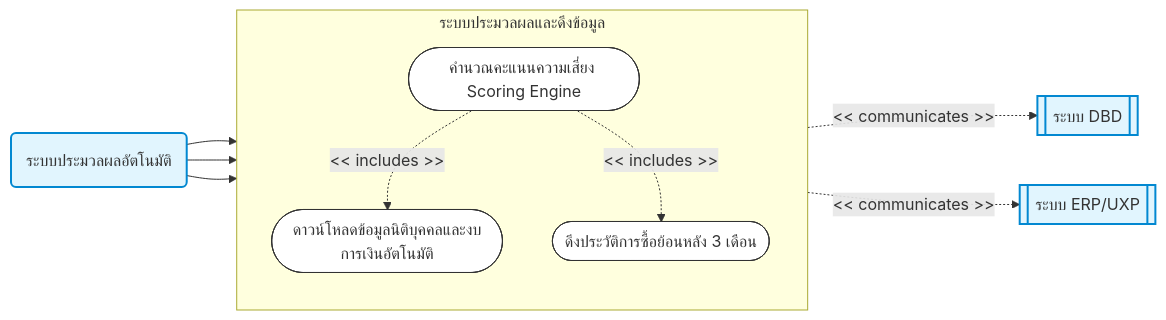
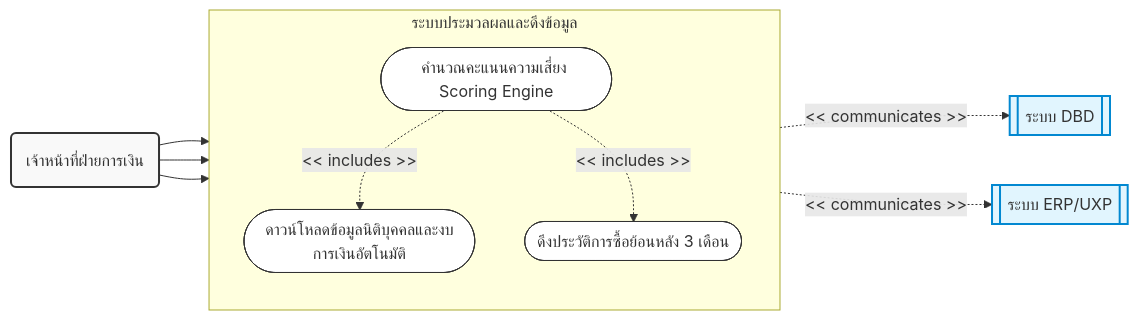
The fourth of 6 diagrams in docs/presentations/use_case_diagram.md (JinnawatJid/iNsightDocs), drawn with Mermaid before and after one commit. The commit also changed other lines of this file, not shown here.

Commit message:
docs: correct actor for automated processing

````diff
--- a/docs/presentations/use_case_diagram.md
+++ b/docs/presentations/use_case_diagram.md
@@ -144,25 +150,26 @@
 ```mermaid
 flowchart LR
+    classDef actorStyle fill:#f9f9f9,stroke:#333,stroke-width:2px;
     classDef systemStyle fill:#e1f5fe,stroke:#0288d1,stroke-width:2px;
     classDef useCaseStyle fill:#fff,stroke:#333,stroke-width:1px;
 
+    Fin(เจ้าหน้าที่ฝ่ายการเงิน):::actorStyle
     DBD[[ระบบ DBD]]:::systemStyle
     ERP[[ระบบ ERP/UXP]]:::systemStyle
-    InternalTrigger(ระบบประมวลผลอัตโนมัติ):::systemStyle
 
     subgraph AutoSystem [ระบบประมวลผลและดึงข้อมูล]
         direction TB
         UC1([ดาวน์โหลดข้อมูลนิติบุคคลและงบการเงินอัตโนมัติ]):::useCaseStyle
         UC2([ดึงประวัติการซื้อย้อนหลัง 3 เดือน]):::useCaseStyle
         UC3([คำนวณคะแนนความเสี่ยง Scoring Engine]):::useCaseStyle
     end
 
-    InternalTrigger --> UC1
-    InternalTrigger --> UC2
-    InternalTrigger --> UC3
+    Fin --> UC1
+    Fin --> UC2
+    Fin --> UC3
 
     UC1 -. "<< communicates >>" .-> DBD
     UC2 -. "<< communicates >>" .-> ERP
     UC3 -. "<< includes >>" .-> UC1
     UC3 -. "<< includes >>" .-> UC2
 ```
````
